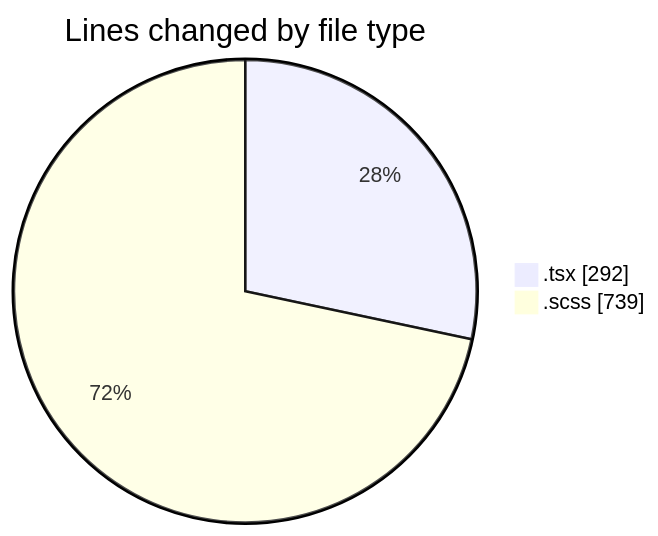
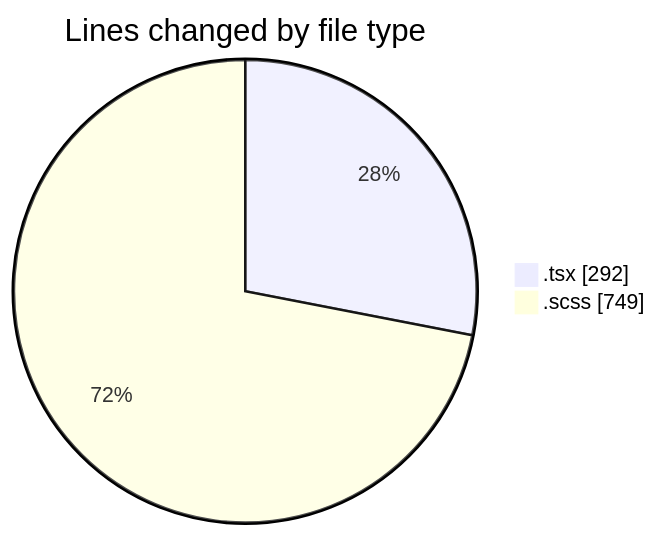
Before and after one commit to momahboobian/code-tracking: the first of 2 diagrams in 2025-09-19/cda/README.md, drawn with Mermaid. The commit also changed other lines of this file and 1 other file, not shown here.

````diff
--- a/2025-09-19/cda/README.md
+++ b/2025-09-19/cda/README.md
@@ -21,6 +21,6 @@
 ```mermaid
 pie showData
 title Lines changed by file type
 ".tsx" : 292
-".scss" : 739
+".scss" : 749
 ```
````
